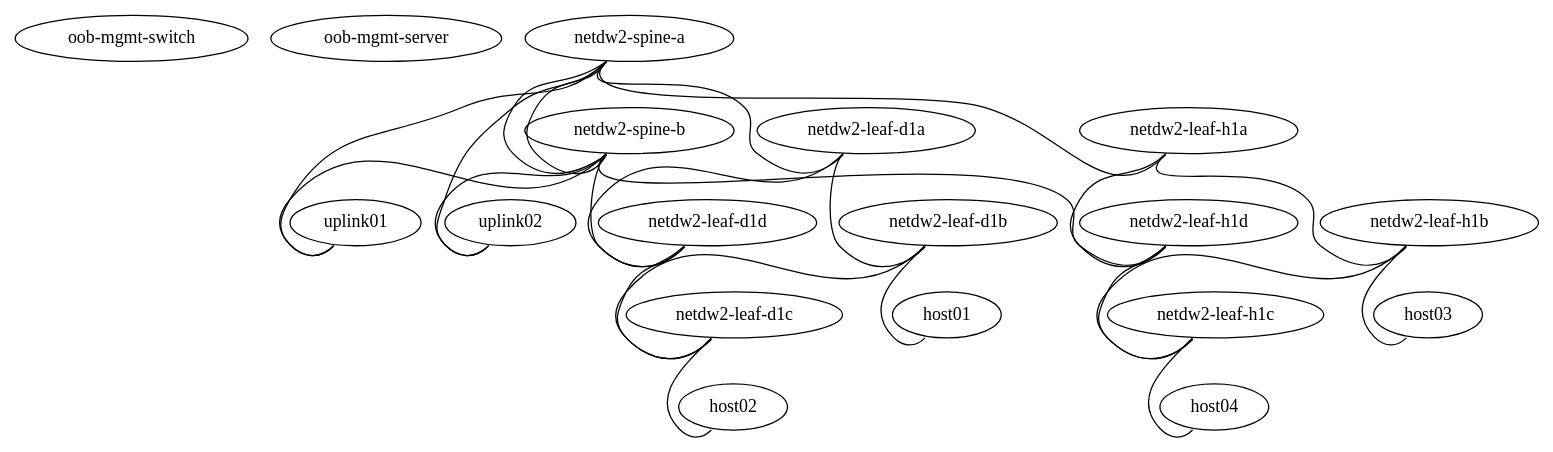
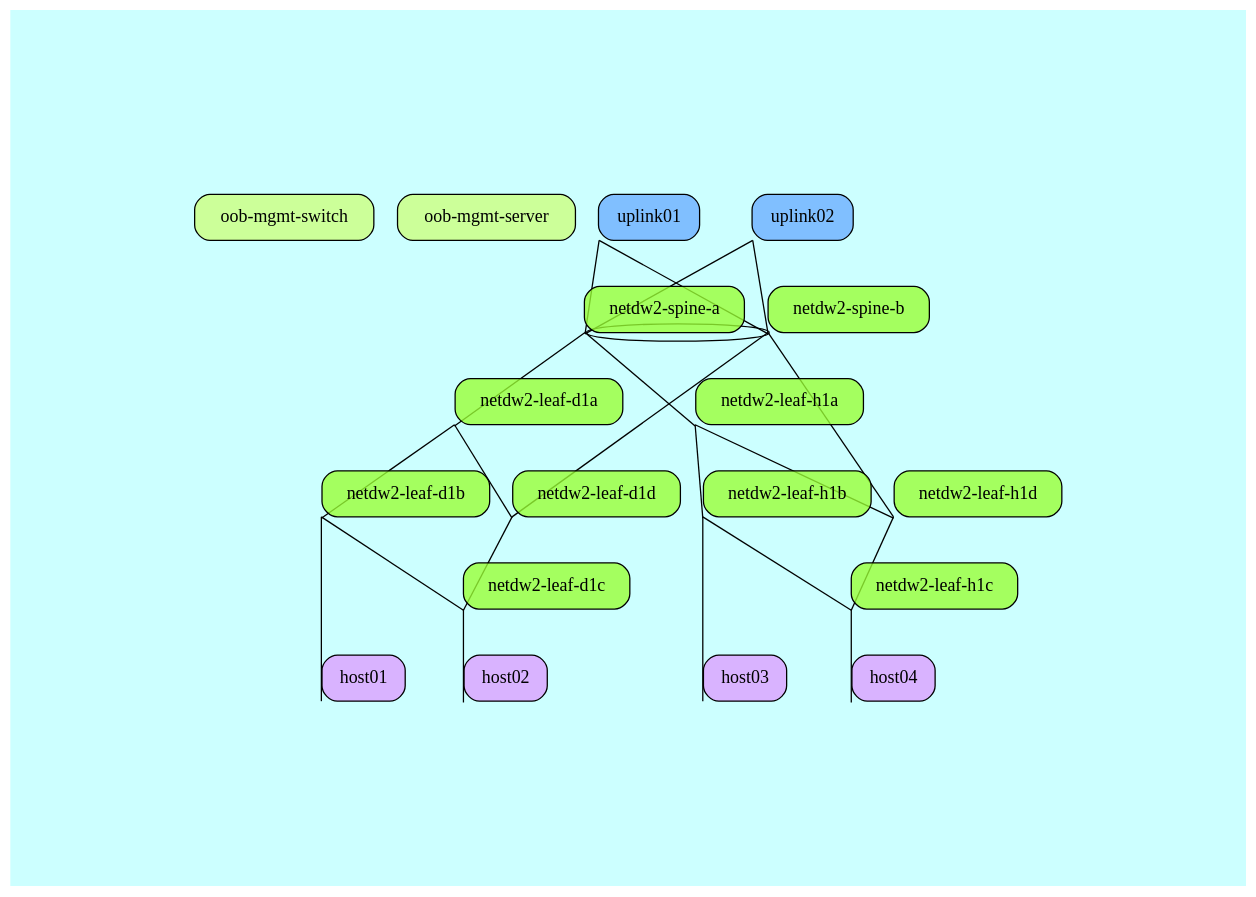
One commit to naturalis/cl-provision changed the diagram in staging/naturalis.dot. Above: the diagram before and after it, drawn with Graphviz. The commit also changed 3 other files, not shown here.

```diff
--- a/staging/naturalis.dot
+++ b/staging/naturalis.dot
@@ -1,58 +1,85 @@
 graph dc {
-   "oob-mgmt-switch"  [function="oob-switch" version="3.6.1" config="./helper_scripts/oob_switch_config.sh"]
-   "oob-mgmt-server"  [function="oob-server" config="./helper_scripts/OOB_Server_Config.sh"]
 
-   "uplink01"  [function="leaf" version="3.6.1" config="./helper_scripts/extra_switch_config.sh"]
-   "uplink02"  [function="leaf" version="3.6.1" config="./helper_scripts/extra_switch_config.sh"]
+bgcolor = "#CCFFFFFF"
+splines = "false"
+outputorder = "edgesfirst"
+esep = "0"
+pad = "2"
 
-   "netdw2-spine-a"  [function="spine" version="3.6.1" config="./helper_scripts/extra_switch_config.sh"]
-   "netdw2-spine-b"  [function="spine" version="3.6.1" config="./helper_scripts/extra_switch_config.sh"]
+   "oob-mgmt-switch"  [function="oob-switch" version="3.6.1" config="./helper_scripts/oob_switch_config.sh"
+                      fillcolor = "#ccff99",shape = "rectangle",style = "solid,rounded,filled" ]
+   "oob-mgmt-server"  [function="oob-server" config="./helper_scripts/OOB_Server_Config.sh"
+                      fillcolor = "#ccff99",shape = "rectangle",style = "solid,rounded,filled"]
 
-   "netdw2-leaf-d1a"  [function="leaf" version="3.6.1" config="./helper_scripts/extra_switch_config.sh"]
-   "netdw2-leaf-d1b"  [function="leaf" version="3.6.1" config="./helper_scripts/extra_switch_config.sh"]
-   "netdw2-leaf-d1c"  [function="leaf" version="3.6.1" config="./helper_scripts/extra_switch_config.sh"]
-   "netdw2-leaf-d1d"  [function="leaf" version="3.6.1" config="./helper_scripts/extra_switch_config.sh"]
+   "uplink01"  [function="leaf" version="3.6.1" config="./helper_scripts/extra_switch_config.sh"
+               fillcolor = "#80bfff",shape = "rectangle",style = "solid,rounded,filled"]
+   "uplink02"  [function="leaf" version="3.6.1" config="./helper_scripts/extra_switch_config.sh"
+               fillcolor = "#80bfff",shape = "rectangle",style = "solid,rounded,filled"]
 
-   "netdw2-leaf-h1a"  [function="leaf" version="3.6.1" config="./helper_scripts/extra_switch_config.sh"]
-   "netdw2-leaf-h1b"  [function="leaf" version="3.6.1" config="./helper_scripts/extra_switch_config.sh"]
-   "netdw2-leaf-h1c"  [function="leaf" version="3.6.1" config="./helper_scripts/extra_switch_config.sh"]
-   "netdw2-leaf-h1d"  [function="leaf" version="3.6.1" config="./helper_scripts/extra_switch_config.sh"]
+   "netdw2-spine-a"  [function="spine" version="3.6.1" config="./helper_scripts/extra_switch_config.sh"
+                     fillcolor = "#99FF33C8",shape = "rectangle",style = "solid,rounded,filled"]
+   "netdw2-spine-b"  [function="spine" version="3.6.1" config="./helper_scripts/extra_switch_config.sh"
+                     fillcolor = "#99FF33C8",shape = "rectangle",style = "solid,rounded,filled"]
 
-   "host01"  [function="leaf" config="./helper_scripts/extra_switch_config.sh"]
-   "host02"  [function="leaf" config="./helper_scripts/extra_switch_config.sh"]
-   "host03"  [function="leaf" config="./helper_scripts/extra_switch_config.sh"]
-   "host04"  [function="leaf" config="./helper_scripts/extra_switch_config.sh"]
+   "netdw2-leaf-d1a"  [function="leaf" version="3.6.1" config="./helper_scripts/extra_switch_config.sh"
+                      fillcolor = "#99FF33C8",shape = "rectangle",style = "solid,rounded,filled"]
+   "netdw2-leaf-d1b"  [function="leaf" version="3.6.1" config="./helper_scripts/extra_switch_config.sh"
+                      fillcolor = "#99FF33C8",shape = "rectangle",style = "solid,rounded,filled"]
+   "netdw2-leaf-d1c"  [function="leaf" version="3.6.1" config="./helper_scripts/extra_switch_config.sh"
+                      fillcolor = "#99FF33C8",shape = "rectangle",style = "solid,rounded,filled"]
+   "netdw2-leaf-d1d"  [function="leaf" version="3.6.1" config="./helper_scripts/extra_switch_config.sh"
+                      fillcolor = "#99FF33C8",shape = "rectangle",style = "solid,rounded,filled"]
 
+   "netdw2-leaf-h1a"  [function="leaf" version="3.6.1" config="./helper_scripts/extra_switch_config.sh"
+                      fillcolor = "#99FF33C8",shape = "rectangle",style = "solid,rounded,filled"]
+   "netdw2-leaf-h1b"  [function="leaf" version="3.6.1" config="./helper_scripts/extra_switch_config.sh"
+                      fillcolor = "#99FF33C8",shape = "rectangle",style = "solid,rounded,filled"]
+   "netdw2-leaf-h1c"  [function="leaf" version="3.6.1" config="./helper_scripts/extra_switch_config.sh"
+                      fillcolor = "#99FF33C8",shape = "rectangle",style = "solid,rounded,filled"]
+   "netdw2-leaf-h1d"  [function="leaf" version="3.6.1" config="./helper_scripts/extra_switch_config.sh"
+                      fillcolor = "#99FF33C8",shape = "rectangle",style = "solid,rounded,filled"]
 
-   "netdw2-spine-a":"swp47" -- "uplink01":"swp1"
-   "netdw2-spine-a":"swp48" -- "uplink02":"swp1"
+   "host01"  [function="leaf" config="./helper_scripts/extra_switch_config.sh"
+             fillcolor = "#d9b3ff",shape = "rectangle",style = "solid,rounded,filled"]
+   "host02"  [function="leaf" config="./helper_scripts/extra_switch_config.sh"
+             fillcolor = "#d9b3ff",shape = "rectangle",style = "solid,rounded,filled"]
+   "host03"  [function="leaf" config="./helper_scripts/extra_switch_config.sh"
+             fillcolor = "#d9b3ff",shape = "rectangle",style = "solid,rounded,filled"]
+   "host04"  [function="leaf" config="./helper_scripts/extra_switch_config.sh"
+             fillcolor = "#d9b3ff",shape = "rectangle",style = "solid,rounded,filled"]
 
-   "netdw2-spine-b":"swp47" -- "uplink01":"swp2"
-   "netdw2-spine-b":"swp48" -- "uplink02":"swp2"
+   "uplink01":"swp1" -- "netdw2-spine-a":"swp47"
+   "uplink02":"swp1" -- "netdw2-spine-a":"swp48"
+   "uplink01":"swp2" -- "netdw2-spine-b":"swp47"
+   "uplink02":"swp2" -- "netdw2-spine-b":"swp48"
+
+   {rank = same; "uplink01"; "uplink02";}
 
    "netdw2-spine-a":"swp49" -- "netdw2-spine-b":"swp49"
    "netdw2-spine-a":"swp50" -- "netdw2-spine-b":"swp50"
 
+   {rank = same; "netdw2-spine-a"; "netdw2-spine-b";}
+
    "netdw2-spine-a":"swp1" -- "netdw2-leaf-d1a":"swp52"
    "netdw2-spine-b":"swp1" -- "netdw2-leaf-d1d":"swp52"
-
    "netdw2-spine-a":"swp2" -- "netdw2-leaf-h1a":"swp52"
    "netdw2-spine-b":"swp2" -- "netdw2-leaf-h1d":"swp52"
-
-
    "netdw2-leaf-d1a":"swp50" -- "netdw2-leaf-d1d":"swp50"
    "netdw2-leaf-d1a":"swp49" -- "netdw2-leaf-d1b":"swp49"
    "netdw2-leaf-d1d":"swp49" -- "netdw2-leaf-d1c":"swp49"
    "netdw2-leaf-d1b":"swp50" -- "netdw2-leaf-d1c":"swp50"
-
    "netdw2-leaf-d1b":"swp1" -- "host01":"swp1"
    "netdw2-leaf-d1c":"swp1" -- "host02":"swp1"
+
+   {rank = same; "host01"; "host02";}
 
    "netdw2-leaf-h1a":"swp50" -- "netdw2-leaf-h1d":"swp50"
    "netdw2-leaf-h1a":"swp49" -- "netdw2-leaf-h1b":"swp49"
    "netdw2-leaf-h1d":"swp49" -- "netdw2-leaf-h1c":"swp49"
    "netdw2-leaf-h1b":"swp50" -- "netdw2-leaf-h1c":"swp50"
-
    "netdw2-leaf-h1b":"swp1" -- "host03":"swp1"
    "netdw2-leaf-h1c":"swp1" -- "host04":"swp1"
+
+   {rank = same; "host03"; "host04";}
+
 }
```
